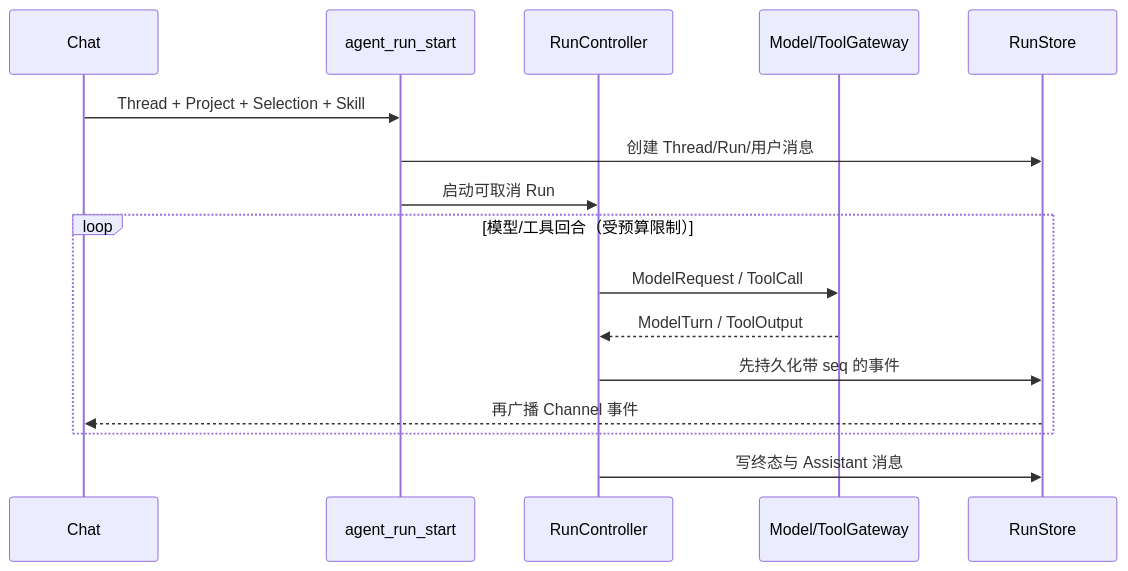
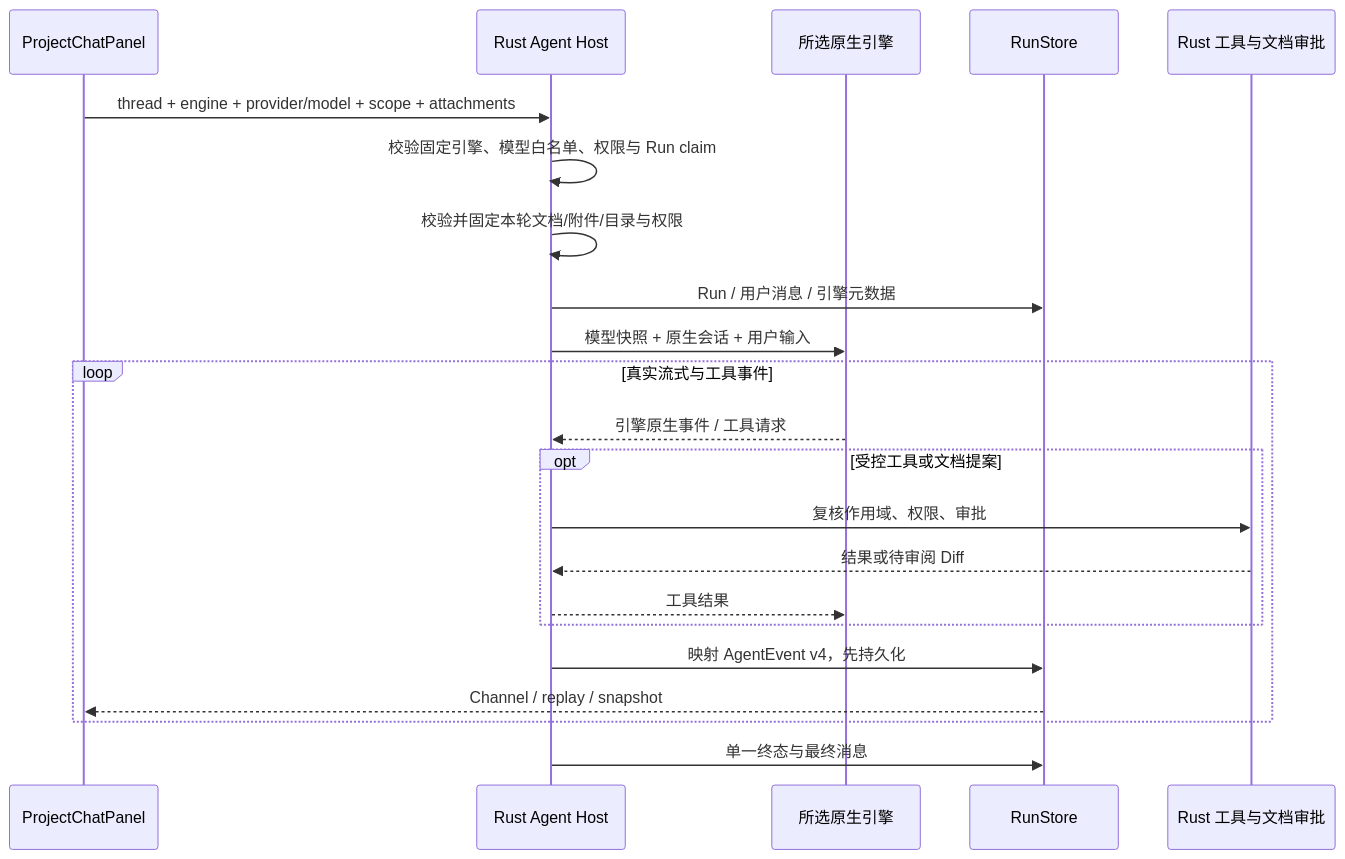
One commit to MarkingYang/sophonote changed the fourth of 13 diagrams in docs/architecture.md. Above: the diagram before and after it, drawn with Mermaid. The commit also changed other lines of this file and 119 other files, not shown here.

````diff
--- a/docs/architecture.md
+++ b/docs/architecture.md
@@ -311,19 +290,24 @@
 ```mermaid
 sequenceDiagram
-  participant C as Chat
-  participant A as agent_run_start
-  participant R as RunController
-  participant G as Model/ToolGateway
-  participant S as RunStore
-
-  C->>A: Thread + Project + Selection + Skill
-  A->>S: 创建 Thread/Run/用户消息
-  A->>R: 启动可取消 Run
-  loop 模型/工具回合（受预算限制）
-    R->>G: ModelRequest / ToolCall
-    G-->>R: ModelTurn / ToolOutput
-    R->>S: 先持久化带 seq 的事件
-    S-->>C: 再广播 Channel 事件
+  participant UI as ProjectChatPanel
+  participant Host as Rust Agent Host
+  participant Engine as 所选原生引擎
+  participant Store as RunStore
+  participant Tools as Rust 工具与文档审批
+  UI->>Host: thread + engine + provider/model + scope + attachments
+  Host->>Host: 校验固定引擎、模型白名单、权限与 Run claim
+  Host->>Host: 校验并固定本轮文档/附件/目录与权限
+  Host->>Store: Run / 用户消息 / 引擎元数据
+  Host->>Engine: 模型快照 + 原生会话 + 用户输入
+  loop 真实流式与工具事件
+    Engine-->>Host: 引擎原生事件 / 工具请求
+    opt 受控工具或文档提案
+      Host->>Tools: 复核作用域、权限、审批
+      Tools-->>Host: 结果或待审阅 Diff
+      Host-->>Engine: 工具结果
+    end
+    Host->>Store: 映射 AgentEvent v4，先持久化
+    Store-->>UI: Channel / replay / snapshot
   end
-  R->>S: 写终态与 Assistant 消息
+  Host->>Store: 单一终态与最终消息
 ```
````
